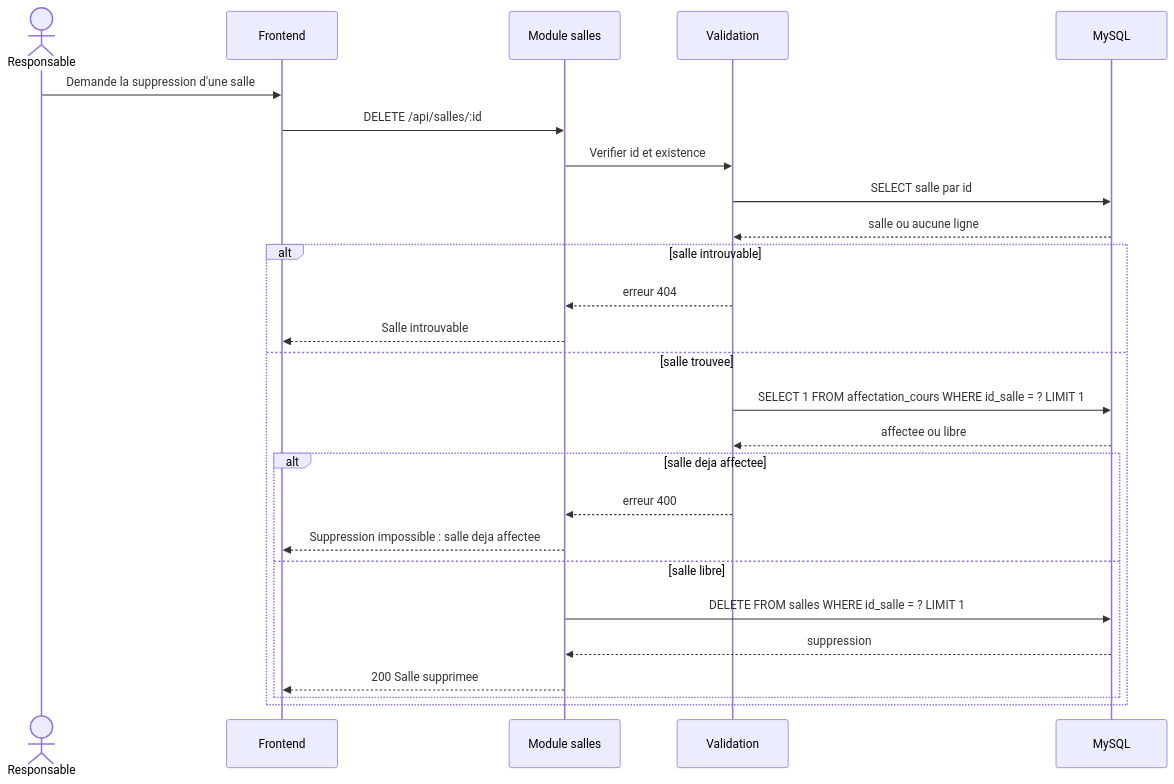
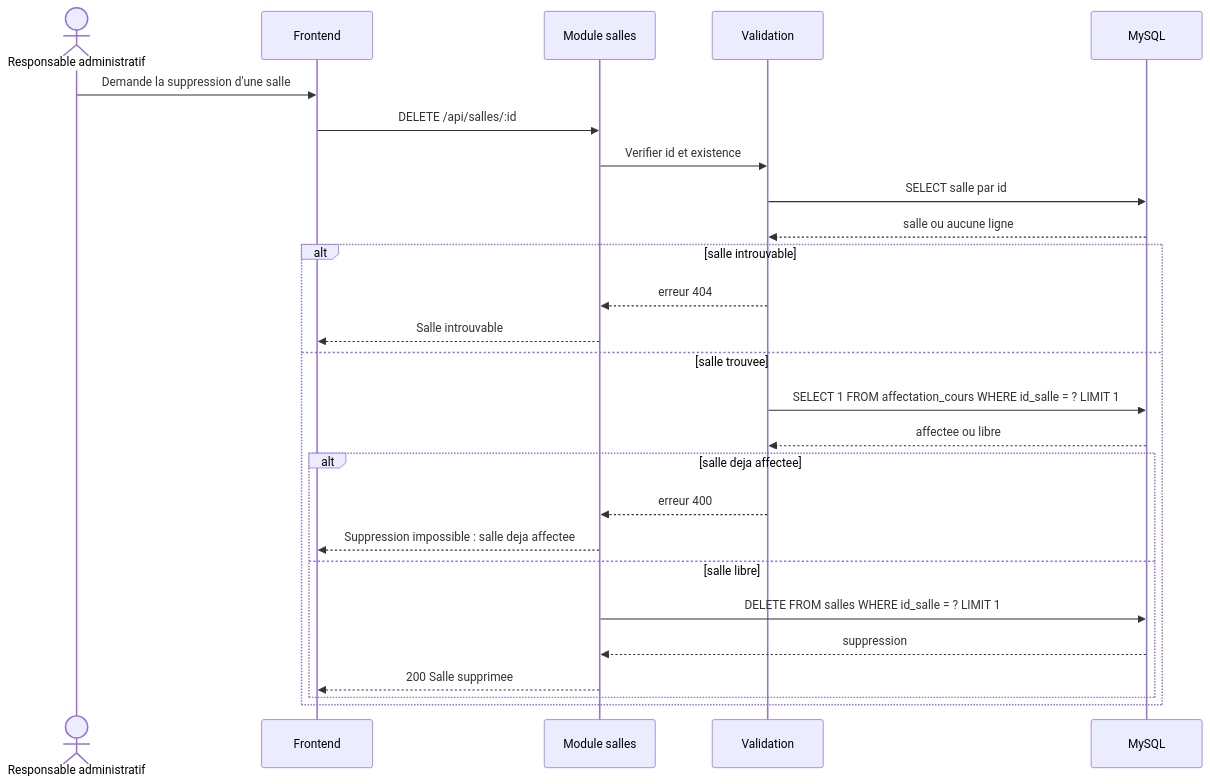
One commit to saberkara10/Horaire-5 changed the diagram in documents/diagrammes/salles-sequence.mmd. Above: the diagram before and after it, drawn with Mermaid. The commit also changed 189 other files, not shown here.

```diff
--- a/documents/diagrammes/salles-sequence.mmd
+++ b/documents/diagrammes/salles-sequence.mmd
@@ -1,29 +1,29 @@
 sequenceDiagram
-    actor Responsable
+    actor ResponsableAdministratif as Responsable administratif
     participant Frontend
     participant ModuleSalles as Module salles
     participant Validation
     participant MySQL
 
-    Responsable->>Frontend: Demande la suppression d'une salle
+    ResponsableAdministratif->>Frontend: Demande la suppression d'une salle
     Frontend->>ModuleSalles: DELETE /api/salles/:id
     ModuleSalles->>Validation: Verifier id et existence
     Validation->>MySQL: SELECT salle par id
     MySQL-->>Validation: salle ou aucune ligne
 
     alt salle introuvable
         Validation-->>ModuleSalles: erreur 404
         ModuleSalles-->>Frontend: Salle introuvable
     else salle trouvee
         Validation->>MySQL: SELECT 1 FROM affectation_cours WHERE id_salle = ? LIMIT 1
         MySQL-->>Validation: affectee ou libre
 
         alt salle deja affectee
             Validation-->>ModuleSalles: erreur 400
             ModuleSalles-->>Frontend: Suppression impossible : salle deja affectee
         else salle libre
             ModuleSalles->>MySQL: DELETE FROM salles WHERE id_salle = ? LIMIT 1
             MySQL-->>ModuleSalles: suppression
             ModuleSalles-->>Frontend: 200 Salle supprimee
         end
     end
```
